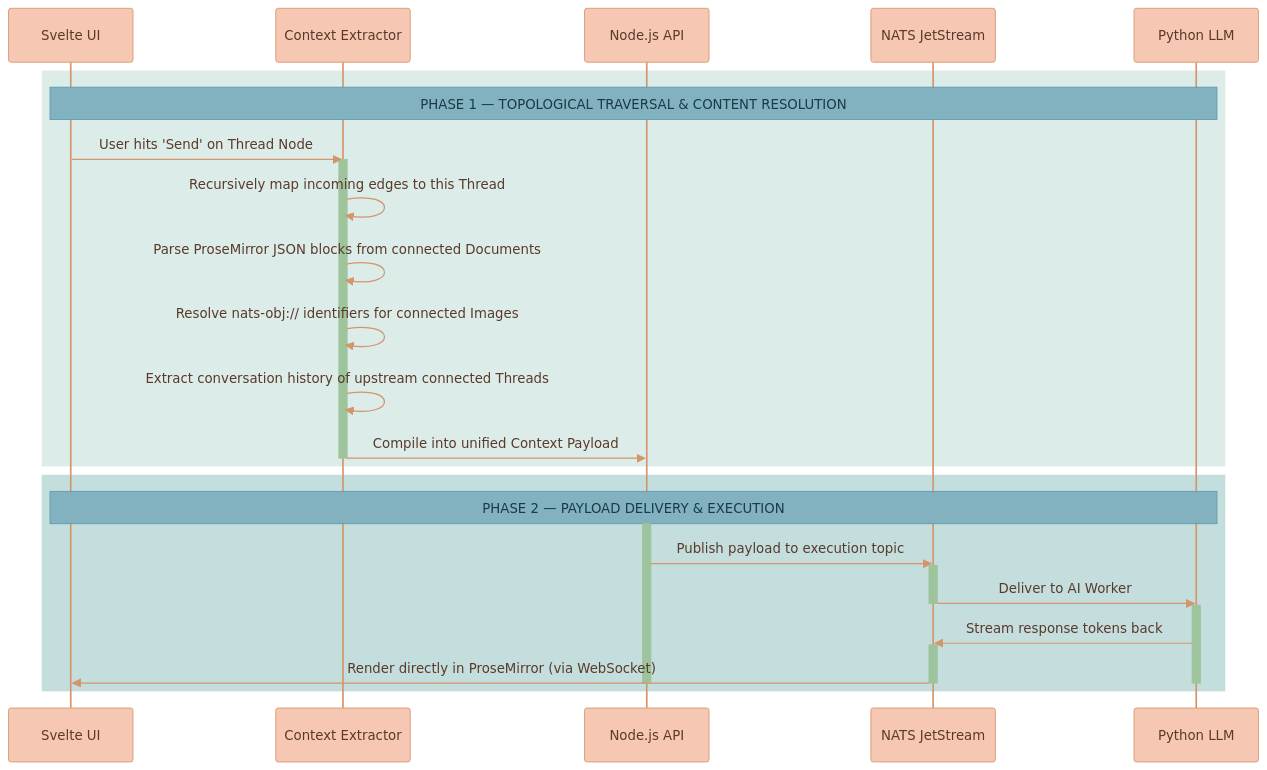
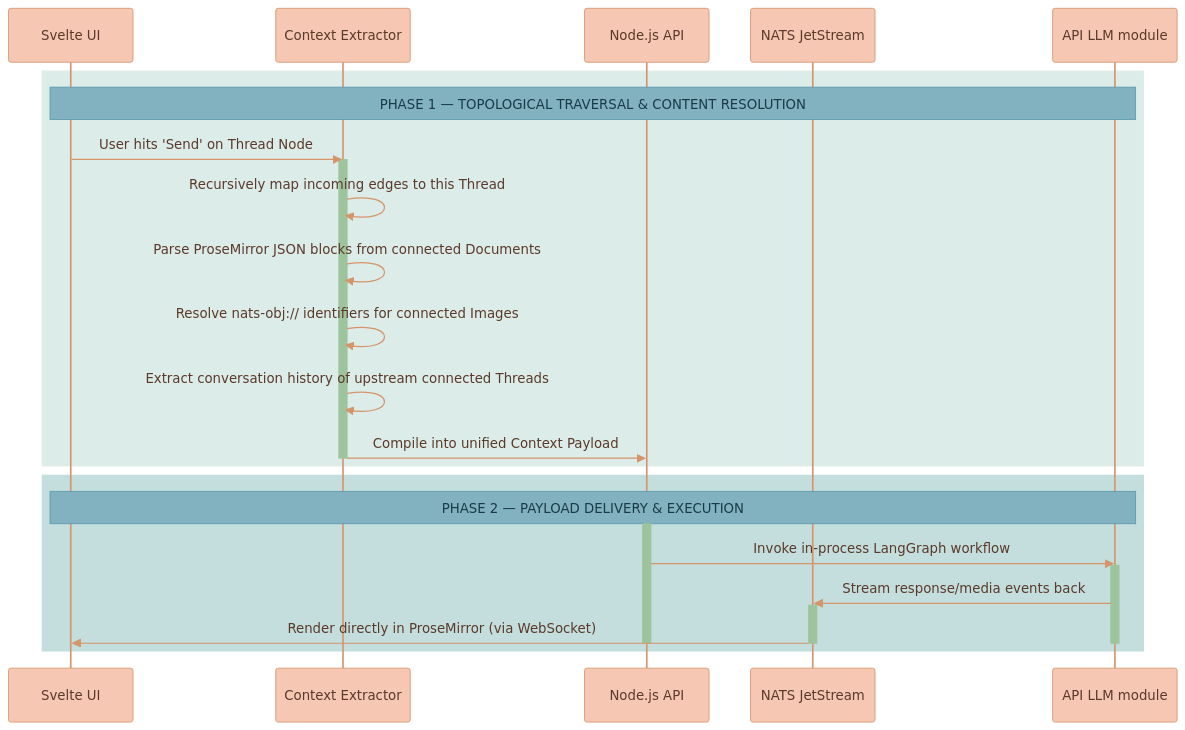
The fifth of 7 diagrams in documentation/PRODUCT-OVERVIEW.md (Lixpi/lixpi), drawn with Mermaid before and after one commit. The commit also changed other lines of this file and 13 other files, not shown here.

````diff
--- a/documentation/PRODUCT-OVERVIEW.md
+++ b/documentation/PRODUCT-OVERVIEW.md
@@ -225,43 +237,40 @@
 ```mermaid
 %%{init: {'theme': 'base', 'themeVariables': { 'noteBkgColor': '#82B2C0', 'noteTextColor': '#1a3a47', 'noteBorderColor': '#5a9aad', 'actorBkg': '#F6C7B3', 'actorBorder': '#d4956a', 'actorTextColor': '#5a3a2a', 'actorLineColor': '#d4956a', 'signalColor': '#d4956a', 'signalTextColor': '#5a3a2a', 'labelBoxBkgColor': '#F6C7B3', 'labelBoxBorderColor': '#d4956a', 'labelTextColor': '#5a3a2a', 'loopTextColor': '#5a3a2a', 'activationBorderColor': '#9DC49D', 'activationBkgColor': '#9DC49D', 'sequenceNumberColor': '#5a3a2a'}}}%%
 sequenceDiagram
     participant UI as Svelte UI
     participant Ext as Context Extractor
     participant API as Node.js API
     participant NATS as NATS JetStream
-    participant Py as Python LLM
+    participant LLM as API LLM module
 
     %% ═══════════════════════════════════════════════════════════════
     %% PHASE 1: TOPOLOGICAL TRAVERSAL & CONTENT RESOLUTION
     %% ═══════════════════════════════════════════════════════════════
     rect rgb(220, 236, 233)
-        Note over UI, Py: PHASE 1 — TOPOLOGICAL TRAVERSAL & CONTENT RESOLUTION
+        Note over UI, LLM: PHASE 1 — TOPOLOGICAL TRAVERSAL & CONTENT RESOLUTION
         UI->>Ext: User hits 'Send' on Thread Node
         activate Ext
         Ext->>Ext: Recursively map incoming edges to this Thread
         Ext->>Ext: Parse ProseMirror JSON blocks from connected Documents
         Ext->>Ext: Resolve nats-obj:// identifiers for connected Images
         Ext->>Ext: Extract conversation history of upstream connected Threads
         Ext->>API: Compile into unified Context Payload
         deactivate Ext
     end
 
     %% ═══════════════════════════════════════════════════════════════
     %% PHASE 2: PAYLOAD DELIVERY & EXECUTION
     %% ═══════════════════════════════════════════════════════════════
     rect rgb(195, 222, 221)
-        Note over UI, Py: PHASE 2 — PAYLOAD DELIVERY & EXECUTION
+        Note over UI, LLM: PHASE 2 — PAYLOAD DELIVERY & EXECUTION
         activate API
-        API->>NATS: Publish payload to execution topic
-        activate NATS
-        NATS->>Py: Deliver to AI Worker
-        deactivate NATS
-        activate Py
-        Py->>NATS: Stream response tokens back
+        API->>LLM: Invoke in-process LangGraph workflow
+        activate LLM
+        LLM->>NATS: Stream response/media events back
         activate NATS
         NATS->>UI: Render directly in ProseMirror (via WebSocket)
         deactivate NATS
-        deactivate Py
+        deactivate LLM
         deactivate API
     end
 ```
````
